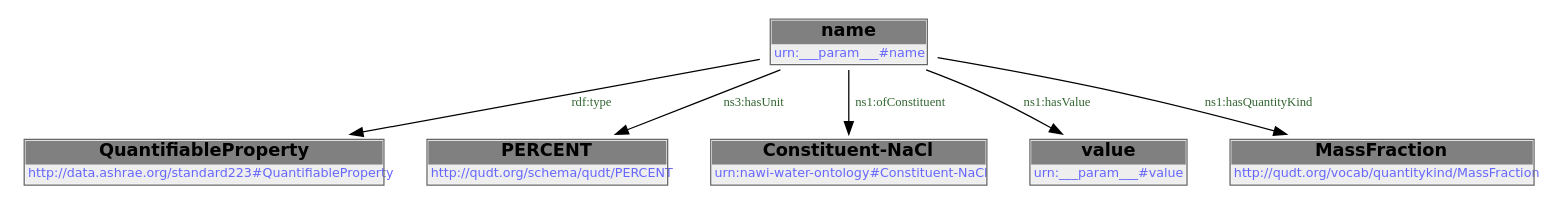
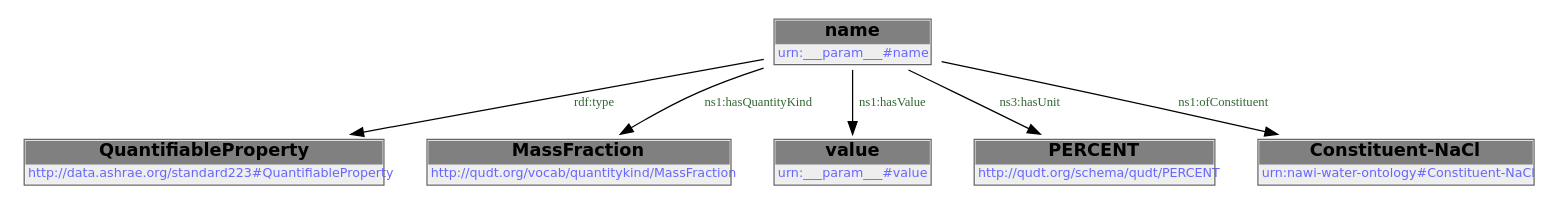
One commit to DataDrivenCPS/water-ontology changed the first of 2 diagrams in docs/libraries/templates/constituent-salt.rst. Above: the diagram before and after it, drawn with Graphviz. The commit also changed other lines of this file and 33 other files, not shown here.

```diff
--- a/docs/libraries/templates/constituent-salt.rst
+++ b/docs/libraries/templates/constituent-salt.rst
@@ -64,16 +64,16 @@
         .. graphviz::
 
                 digraph G {
             node [fontname="DejaVu Sans"];
             node0 -> node1 [color=BLACK, label=< <font point-size='10' color='#336633'>rdf:type</font> >];
-            node0 -> node2 [color=BLACK, label=< <font point-size='10' color='#336633'>ns3:hasUnit</font> >];
-            node0 -> node3 [color=BLACK, label=< <font point-size='10' color='#336633'>ns1:ofConstituent</font> >];
-            node0 -> node4 [color=BLACK, label=< <font point-size='10' color='#336633'>ns1:hasValue</font> >];
-            node0 -> node5 [color=BLACK, label=< <font point-size='10' color='#336633'>ns1:hasQuantityKind</font> >];
+            node0 -> node2 [color=BLACK, label=< <font point-size='10' color='#336633'>ns1:hasQuantityKind</font> >];
+            node0 -> node3 [color=BLACK, label=< <font point-size='10' color='#336633'>ns1:hasValue</font> >];
+            node0 -> node4 [color=BLACK, label=< <font point-size='10' color='#336633'>ns3:hasUnit</font> >];
+            node0 -> node5 [color=BLACK, label=< <font point-size='10' color='#336633'>ns1:ofConstituent</font> >];
             node0 [shape=none, color=black, label=< <table color='#666666' cellborder='0' cellspacing='0' border='1'><tr><td colspan='2' bgcolor='grey'><B>name</B></td></tr><tr><td href='urn:___param___#name' bgcolor='#eeeeee' colspan='2'><font point-size='10' color='#6666ff'>urn:___param___#name</font></td></tr></table> >];
             node1 [shape=none, color=black, label=< <table color='#666666' cellborder='0' cellspacing='0' border='1'><tr><td colspan='2' bgcolor='grey'><B>QuantifiableProperty</B></td></tr><tr><td href='http://data.ashrae.org/standard223#QuantifiableProperty' bgcolor='#eeeeee' colspan='2'><font point-size='10' color='#6666ff'>http://data.ashrae.org/standard223#QuantifiableProperty</font></td></tr></table> >];
-            node2 [shape=none, color=black, label=< <table color='#666666' cellborder='0' cellspacing='0' border='1'><tr><td colspan='2' bgcolor='grey'><B>PERCENT</B></td></tr><tr><td href='http://qudt.org/schema/qudt/PERCENT' bgcolor='#eeeeee' colspan='2'><font point-size='10' color='#6666ff'>http://qudt.org/schema/qudt/PERCENT</font></td></tr></table> >];
-            node3 [shape=none, color=black, label=< <table color='#666666' cellborder='0' cellspacing='0' border='1'><tr><td colspan='2' bgcolor='grey'><B>Constituent-NaCl</B></td></tr><tr><td href='urn:nawi-water-ontology#Constituent-NaCl' bgcolor='#eeeeee' colspan='2'><font point-size='10' color='#6666ff'>urn:nawi-water-ontology#Constituent-NaCl</font></td></tr></table> >];
-            node4 [shape=none, color=black, label=< <table color='#666666' cellborder='0' cellspacing='0' border='1'><tr><td colspan='2' bgcolor='grey'><B>value</B></td></tr><tr><td href='urn:___param___#value' bgcolor='#eeeeee' colspan='2'><font point-size='10' color='#6666ff'>urn:___param___#value</font></td></tr></table> >];
-            node5 [shape=none, color=black, label=< <table color='#666666' cellborder='0' cellspacing='0' border='1'><tr><td colspan='2' bgcolor='grey'><B>MassFraction</B></td></tr><tr><td href='http://qudt.org/vocab/quantitykind/MassFraction' bgcolor='#eeeeee' colspan='2'><font point-size='10' color='#6666ff'>http://qudt.org/vocab/quantitykind/MassFraction</font></td></tr></table> >];
+            node2 [shape=none, color=black, label=< <table color='#666666' cellborder='0' cellspacing='0' border='1'><tr><td colspan='2' bgcolor='grey'><B>MassFraction</B></td></tr><tr><td href='http://qudt.org/vocab/quantitykind/MassFraction' bgcolor='#eeeeee' colspan='2'><font point-size='10' color='#6666ff'>http://qudt.org/vocab/quantitykind/MassFraction</font></td></tr></table> >];
+            node3 [shape=none, color=black, label=< <table color='#666666' cellborder='0' cellspacing='0' border='1'><tr><td colspan='2' bgcolor='grey'><B>value</B></td></tr><tr><td href='urn:___param___#value' bgcolor='#eeeeee' colspan='2'><font point-size='10' color='#6666ff'>urn:___param___#value</font></td></tr></table> >];
+            node4 [shape=none, color=black, label=< <table color='#666666' cellborder='0' cellspacing='0' border='1'><tr><td colspan='2' bgcolor='grey'><B>PERCENT</B></td></tr><tr><td href='http://qudt.org/schema/qudt/PERCENT' bgcolor='#eeeeee' colspan='2'><font point-size='10' color='#6666ff'>http://qudt.org/schema/qudt/PERCENT</font></td></tr></table> >];
+            node5 [shape=none, color=black, label=< <table color='#666666' cellborder='0' cellspacing='0' border='1'><tr><td colspan='2' bgcolor='grey'><B>Constituent-NaCl</B></td></tr><tr><td href='urn:nawi-water-ontology#Constituent-NaCl' bgcolor='#eeeeee' colspan='2'><font point-size='10' color='#6666ff'>urn:nawi-water-ontology#Constituent-NaCl</font></td></tr></table> >];
             }
```
